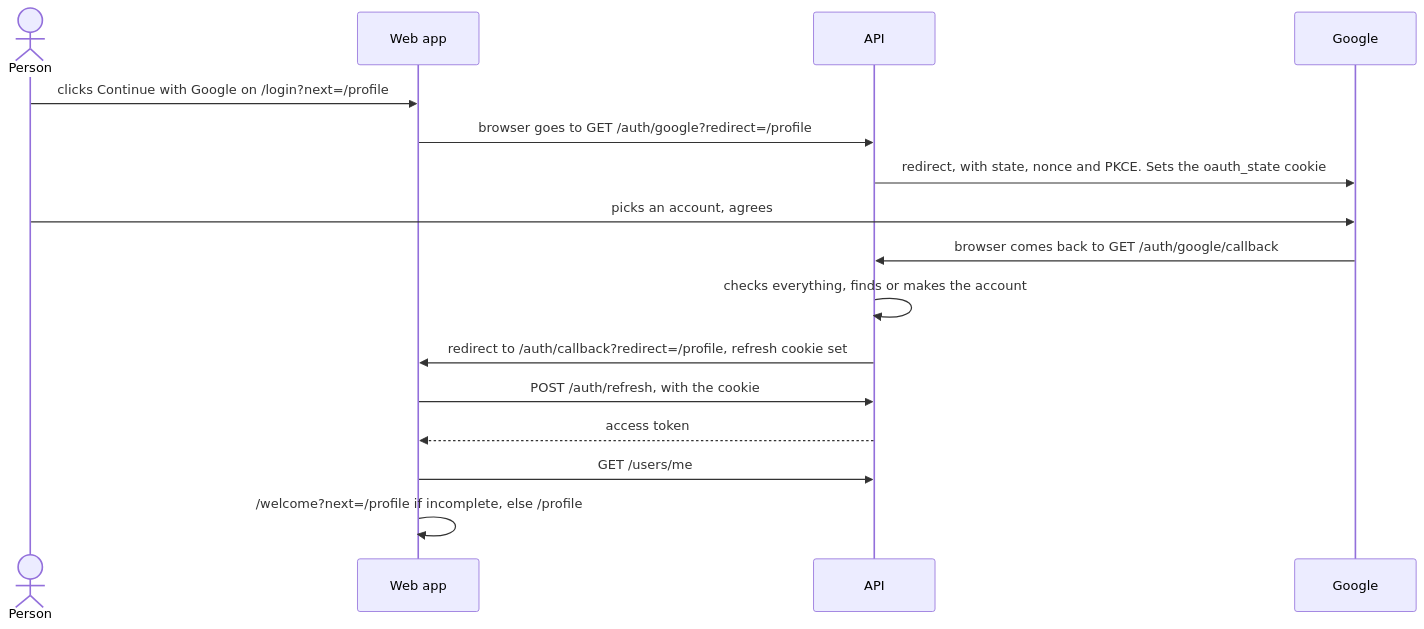
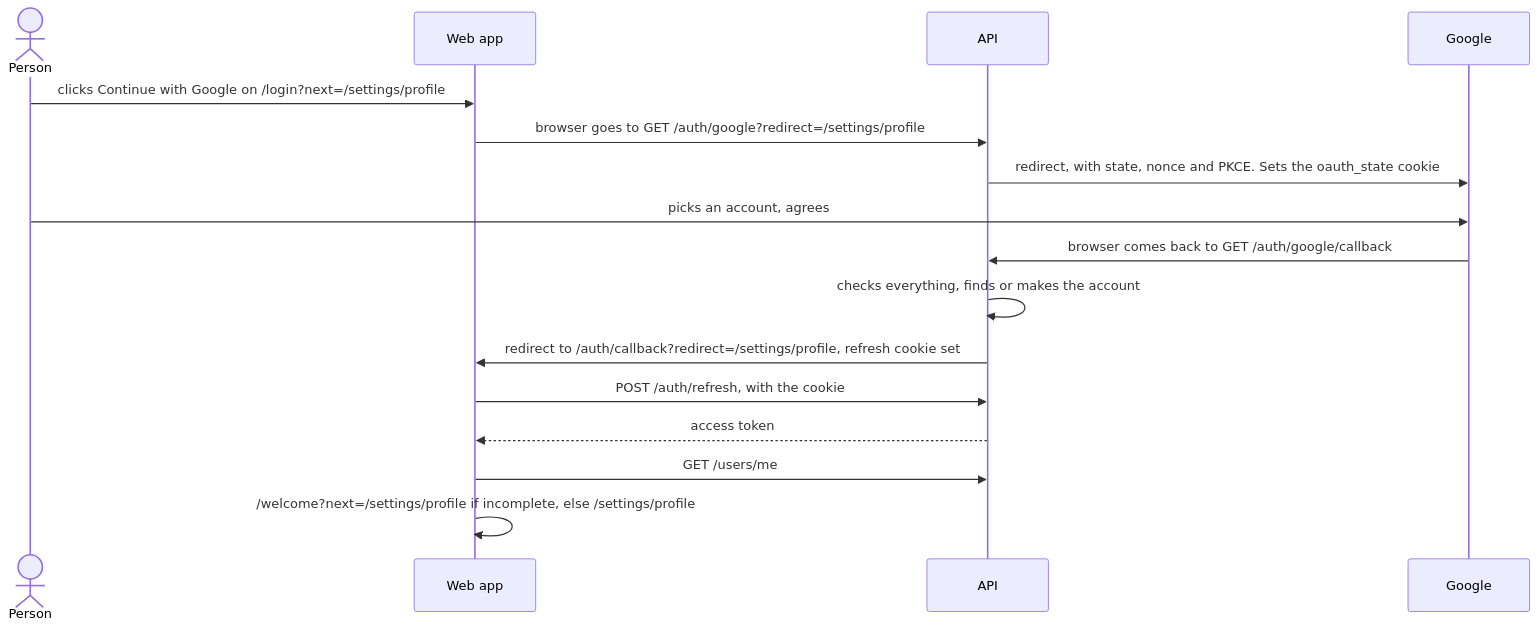
One commit to StoriuSs/NezFocus-Frontend changed the fourth of 4 diagrams in docs/auth/pages-and-flows.md. Above: the diagram before and after it, drawn with Mermaid. The commit also changed other lines of this file and 18 other files, not shown here.

````diff
--- a/docs/auth/pages-and-flows.md
+++ b/docs/auth/pages-and-flows.md
@@ -481,18 +481,18 @@
 ```mermaid
 sequenceDiagram
     actor P as Person
     participant App as Web app
     participant API
     participant G as Google
-    P->>App: clicks Continue with Google on /login?next=/profile
-    App->>API: browser goes to GET /auth/google?redirect=/profile
+    P->>App: clicks Continue with Google on /login?next=/settings/profile
+    App->>API: browser goes to GET /auth/google?redirect=/settings/profile
     API->>G: redirect, with state, nonce and PKCE. Sets the oauth_state cookie
     P->>G: picks an account, agrees
     G->>API: browser comes back to GET /auth/google/callback
     API->>API: checks everything, finds or makes the account
-    API->>App: redirect to /auth/callback?redirect=/profile, refresh cookie set
+    API->>App: redirect to /auth/callback?redirect=/settings/profile, refresh cookie set
     App->>API: POST /auth/refresh, with the cookie
     API-->>App: access token
     App->>API: GET /users/me
-    App->>App: /welcome?next=/profile if incomplete, else /profile
+    App->>App: /welcome?next=/settings/profile if incomplete, else /settings/profile
 ```
````
